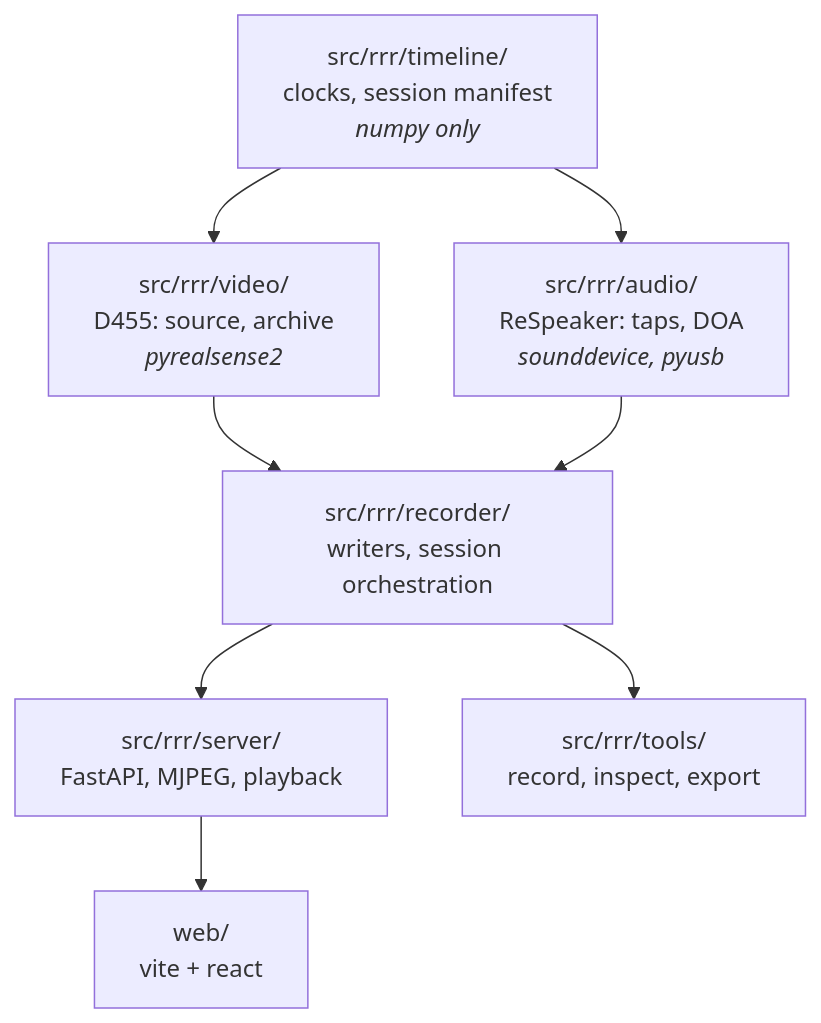
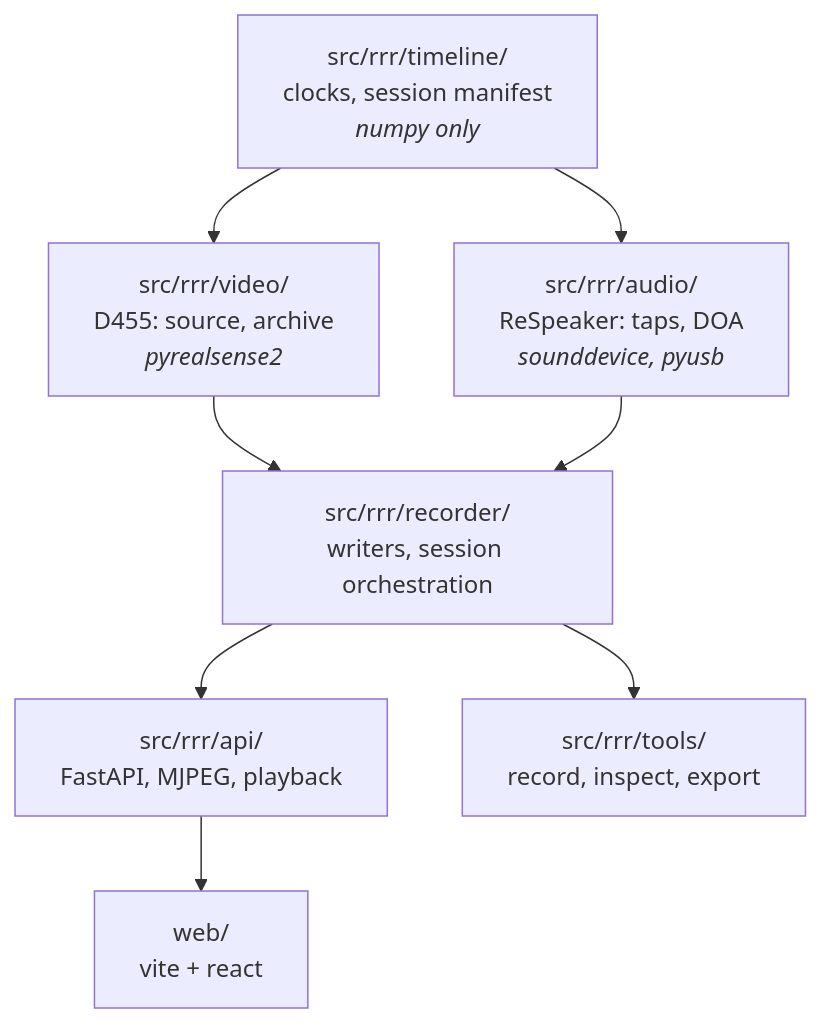
The first of 2 diagrams in docs/design.md (tkanek0/rererecorder), drawn with Mermaid before and after one commit. The commit also changed other lines of this file and 12 other files, not shown here.

Commit message:
Rename rrr.server to rrr.api

````diff
--- a/docs/design.md
+++ b/docs/design.md
@@ -33,17 +33,17 @@
 ```mermaid
 flowchart TD
     T["src/rrr/timeline/<br/>clocks, session manifest<br/><i>numpy only</i>"]
     V["src/rrr/video/<br/>D455: source, archive<br/><i>pyrealsense2</i>"]
     A["src/rrr/audio/<br/>ReSpeaker: taps, DOA<br/><i>sounddevice, pyusb</i>"]
     R["src/rrr/recorder/<br/>writers, session orchestration"]
-    S["src/rrr/server/<br/>FastAPI, MJPEG, playback"]
+    S["src/rrr/api/<br/>FastAPI, MJPEG, playback"]
     C["src/rrr/tools/<br/>record, inspect, export"]
     W["web/<br/>vite + react"]
     T --> V
     T --> A
     V --> R
     A --> R
     R --> S
     R --> C
     S --> W
 ```
````
